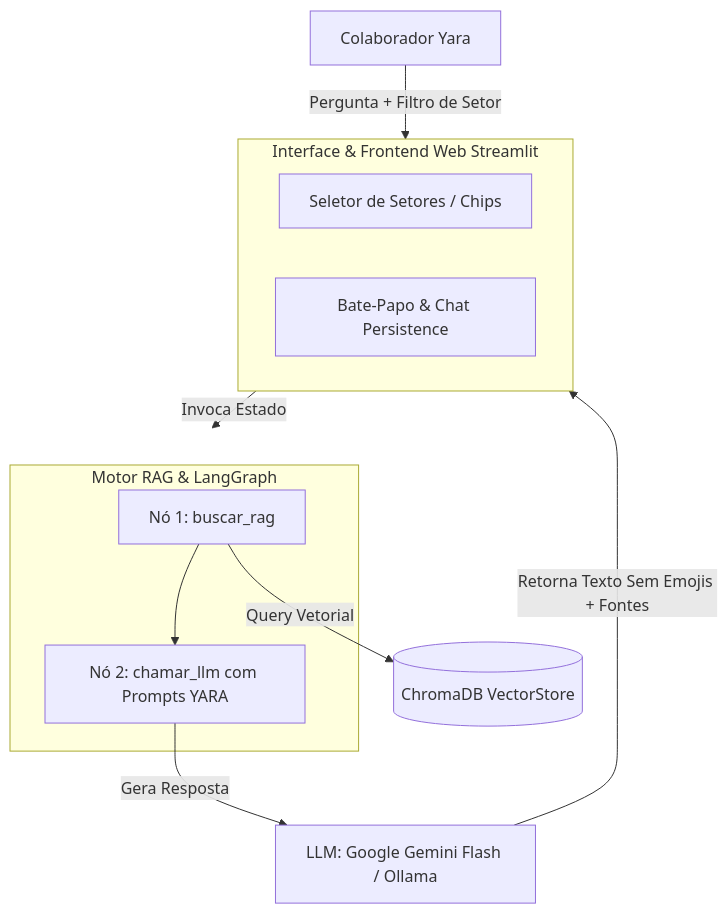
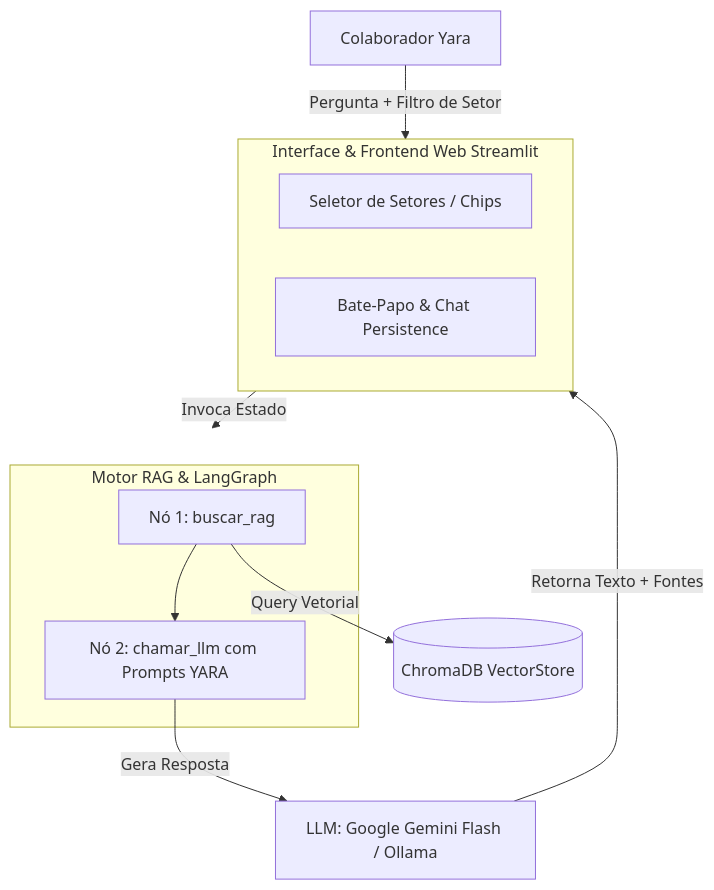
One commit to jhsribeiro/yaris-agent changed the diagram in README.md. Above: the diagram before and after it, drawn with Mermaid. The commit also changed other lines of this file and 4 other files, not shown here.

````diff
--- a/README.md
+++ b/README.md
@@ -193,21 +189,21 @@
 ```mermaid
 flowchart TD
     A[Colaborador Yara] -->|Pergunta + Filtro de Setor| B[Interface Streamlit app.py]
 
     subgraph B[Interface & Frontend Web Streamlit]
         C[Seletor de Setores / Chips]
         D[Bate-Papo & Chat Persistence]
     end
 
     B -->|Invoca Estado| E[LangGraph RAG Workflow]
 
     subgraph E[Motor RAG & LangGraph]
         F[Nó 1: buscar_rag]
         G[Nó 2: chamar_llm com Prompts YARA]
         F --> G
     end
 
     F -->|Query Vetorial| H[(ChromaDB VectorStore)]
     G -->|Gera Resposta| I[LLM: Google Gemini Flash / Ollama]
-    I -->|Retorna Texto Sem Emojis + Fontes| B
+    I -->|Retorna Texto + Fontes| B
 ```
````
